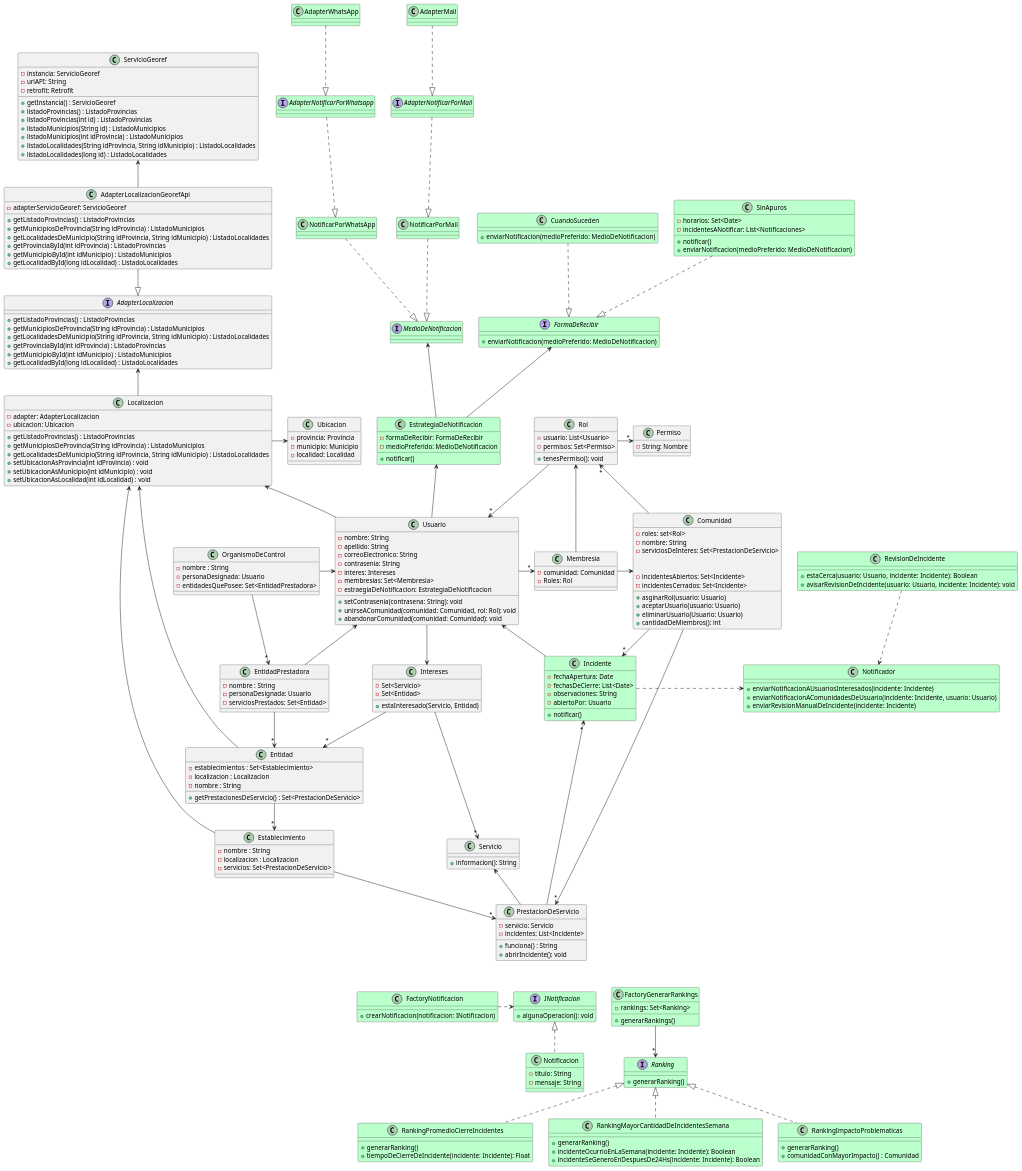
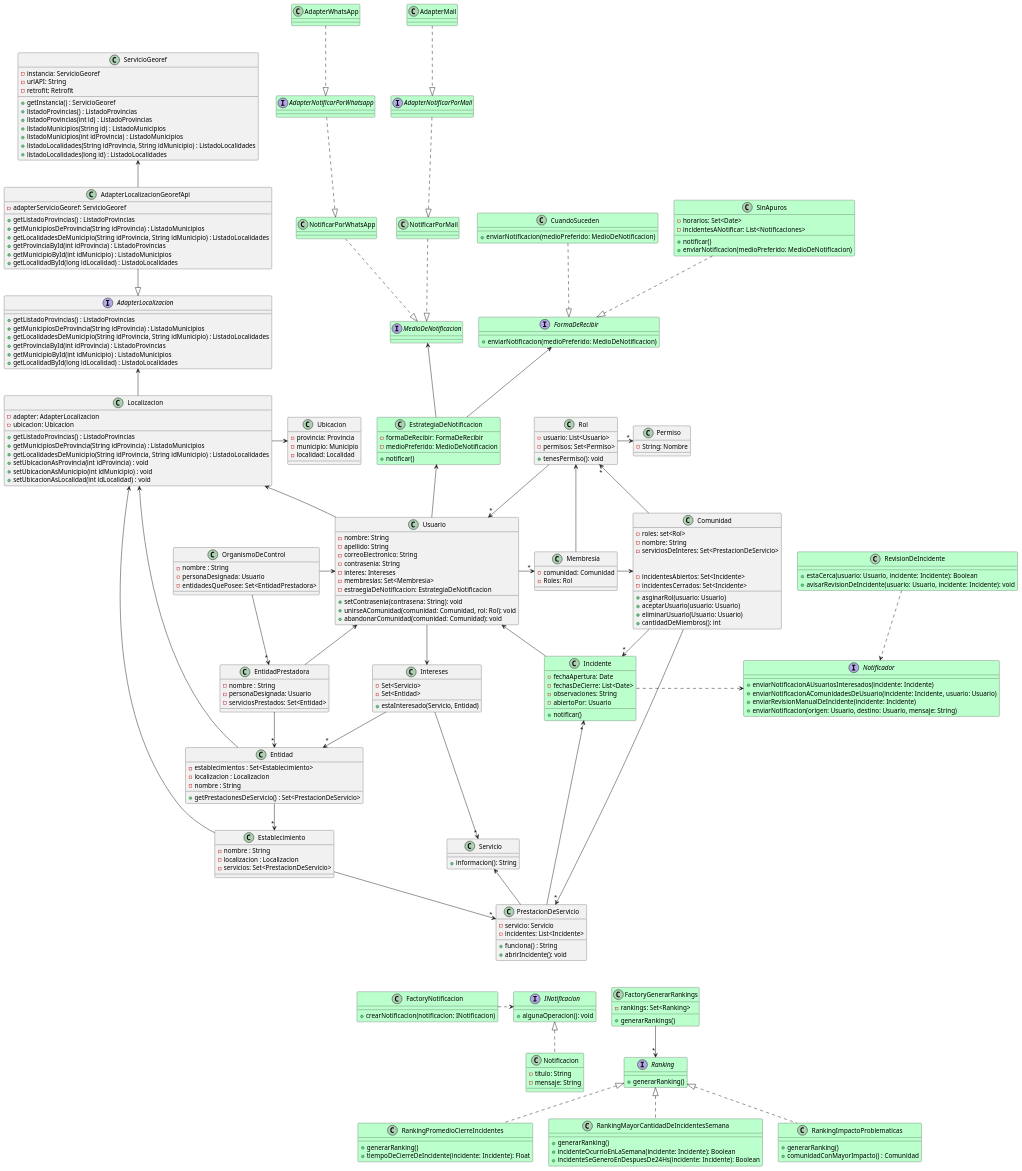
Before and after one commit to AndyTrias/comunidades-apoyo-movilidad-reducida-: the diagram in Entregables/DiagramaDeClases.wsd, drawn with PlantUML. The commit also changed 9 other files, not shown here.

```diff
--- a/Entregables/DiagramaDeClases.wsd
+++ b/Entregables/DiagramaDeClases.wsd
@@ -296,10 +296,11 @@
 
 /' NOTIFICACIONES '/
 
-Class Notificador #bbffcc{
+Interface Notificador #bbffcc{
     + enviarNotificacionAUsuariosInteresados(incidente: Incidente)
     + enviarNotificacionAComunidadesDeUsuario(incidente: Incidente, usuario: Usuario)
     + enviarRevisionManualDeIncidente(incidente: Incidente)
+    + enviarNotificacion(origen: Usuario, destino: Usuario, mensaje: String)
 }
 
 Class FactoryNotificacion #bbffcc{
```
